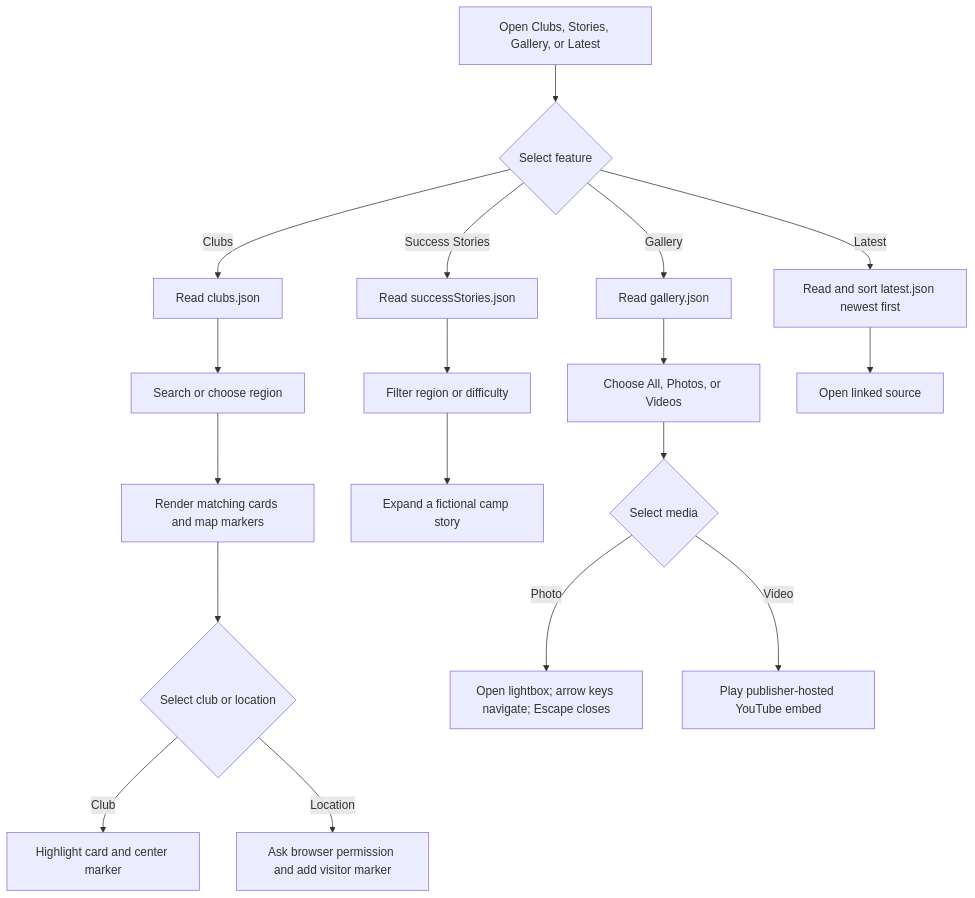
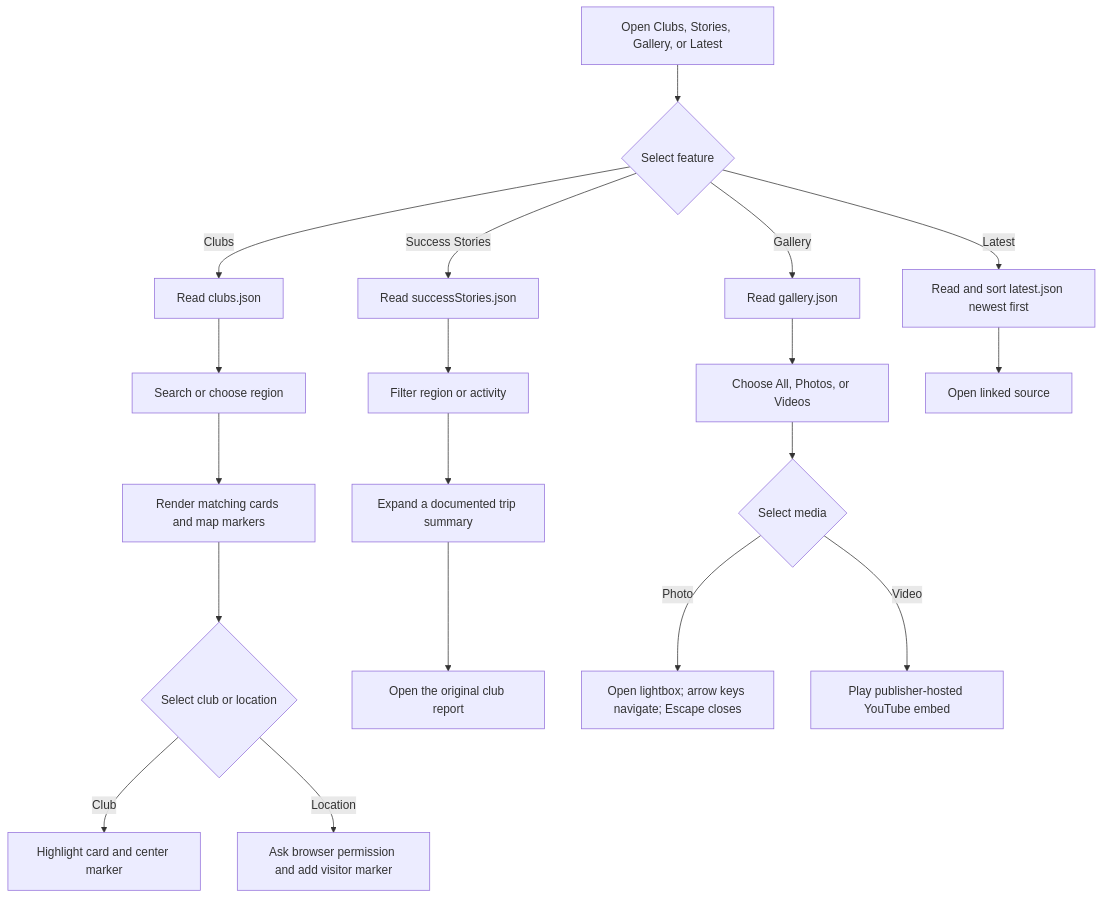
One commit to tammyboy775-rgb/E-Project changed the third of 4 diagrams in AlpineAscents/PROJECT_REPORT.md. Above: the diagram before and after it, drawn with Mermaid. The commit also changed other lines of this file and 6 other files, not shown here.

````diff
--- a/AlpineAscents/PROJECT_REPORT.md
+++ b/AlpineAscents/PROJECT_REPORT.md
@@ -114,20 +116,21 @@
 ```mermaid
 flowchart TD
     A[Open Clubs, Stories, Gallery, or Latest] --> B{Select feature}
     B -->|Clubs| C[Read clubs.json]
     C --> D[Search or choose region]
     D --> E[Render matching cards and map markers]
     E --> F{Select club or location}
     F -->|Club| G[Highlight card and center marker]
     F -->|Location| H[Ask browser permission and add visitor marker]
     B -->|Success Stories| I[Read successStories.json]
-    I --> J[Filter region or difficulty]
-    J --> K[Expand a fictional camp story]
-    B -->|Gallery| L[Read gallery.json]
-    L --> M[Choose All, Photos, or Videos]
-    M --> N{Select media}
-    N -->|Photo| O[Open lightbox; arrow keys navigate; Escape closes]
-    N -->|Video| P[Play publisher-hosted YouTube embed]
-    B -->|Latest| Q[Read and sort latest.json newest first]
-    Q --> R[Open linked source]
+    I --> J[Filter region or activity]
+    J --> K[Expand a documented trip summary]
+    K --> L[Open the original club report]
+    B -->|Gallery| M[Read gallery.json]
+    M --> N[Choose All, Photos, or Videos]
+    N --> O{Select media}
+    O -->|Photo| P[Open lightbox; arrow keys navigate; Escape closes]
+    O -->|Video| Q[Play publisher-hosted YouTube embed]
+    B -->|Latest| R[Read and sort latest.json newest first]
+    R --> S[Open linked source]
 ```
````
